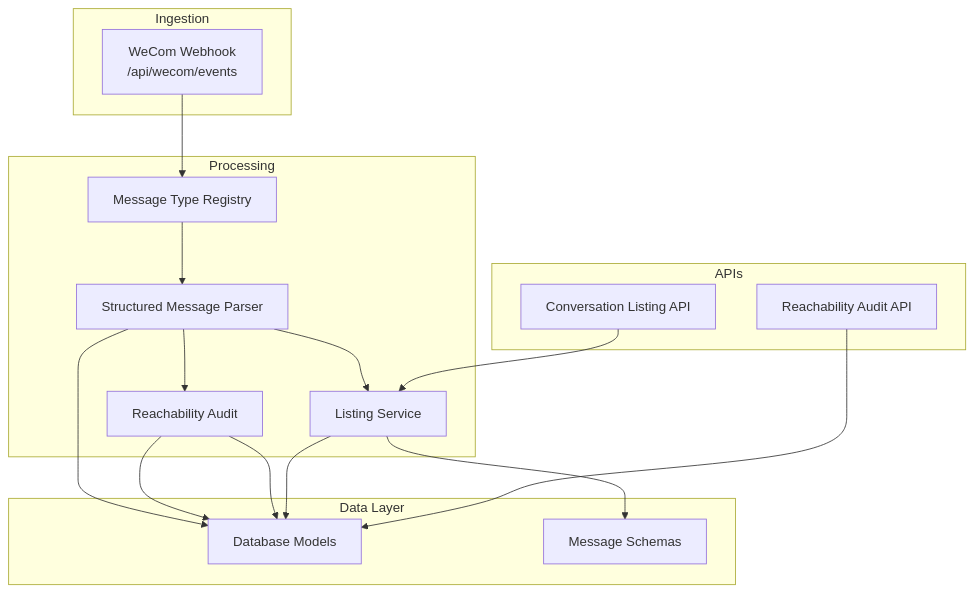
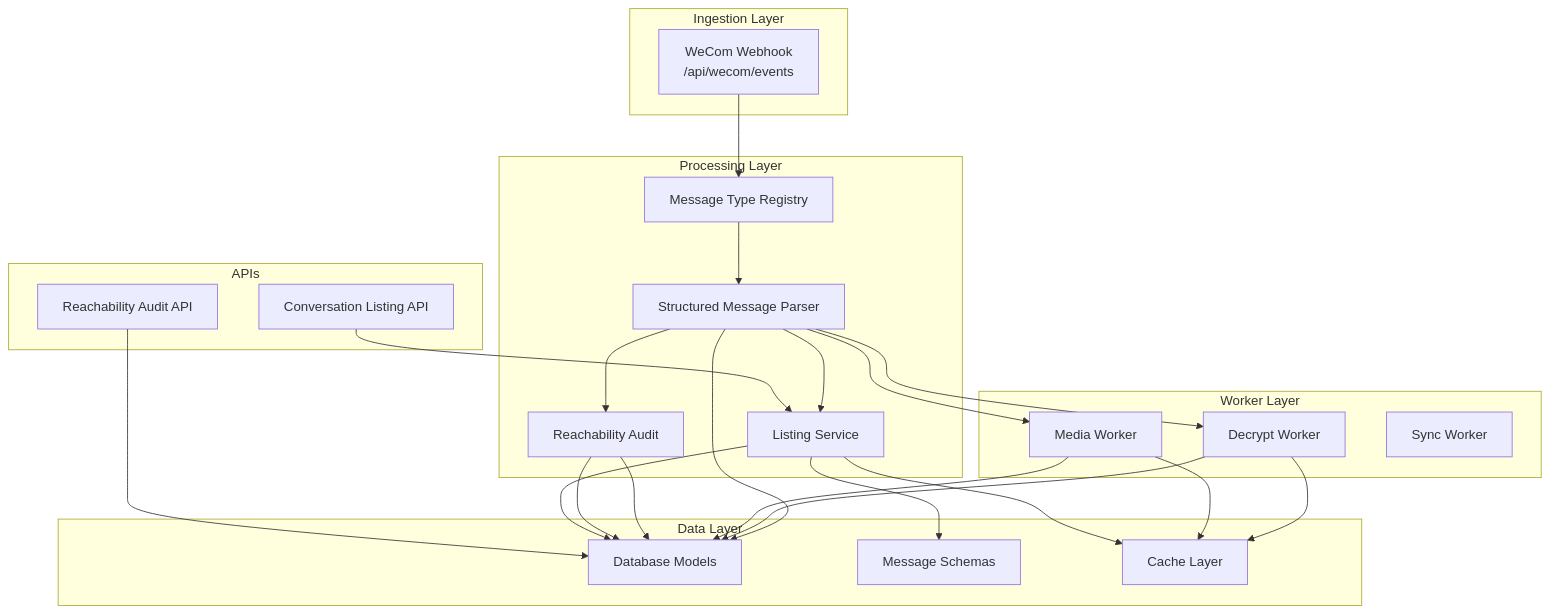
The first of 5 diagrams in .qoder/repowiki/en/content/Architecture/Message Processing Pipeline/Message Processing Pipeline.md (zuohaisu/wecom-archive), drawn with Mermaid before and after one commit. The commit also changed other lines of this file and 90 other files, not shown here.

````diff
--- a/.qoder/repowiki/en/content/Architecture/Message Processing Pipeline/Message Processing Pipeline.md
+++ b/.qoder/repowiki/en/content/Architecture/Message Processing Pipeline/Message Processing Pipeline.md
@@ -58,31 +60,44 @@
 ```mermaid
 graph TB
-subgraph "Ingestion"
+subgraph "Ingestion Layer"
 WE["WeCom Webhook<br/>/api/wecom/events"]
 end
-subgraph "Processing"
+subgraph "Processing Layer"
 MTR["Message Type Registry"]
 SMP["Structured Message Parser"]
 RA["Reachability Audit"]
 LS["Listing Service"]
 end
+subgraph "Worker Layer"
+DW["Decrypt Worker"]
+MW["Media Worker"]
+SW["Sync Worker"]
+end
 subgraph "Data Layer"
 DB["Database Models"]
 SCHEMAS["Message Schemas"]
+CACHE["Cache Layer"]
 end
 subgraph "APIs"
 RA_API["Reachability Audit API"]
 LISTING_API["Conversation Listing API"]
 end
 WE --> MTR
 MTR --> SMP
 SMP --> RA
 SMP --> DB
 SMP --> LS
+SMP --> DW
+SMP --> MW
+DW --> DB
+MW --> DB
+DW --> CACHE
+MW --> CACHE
 RA --> DB
 RA --> DB
 LS --> DB
 LS --> SCHEMAS
+LS --> CACHE
 RA_API --> DB
 LISTING_API --> LS
 ```
````
